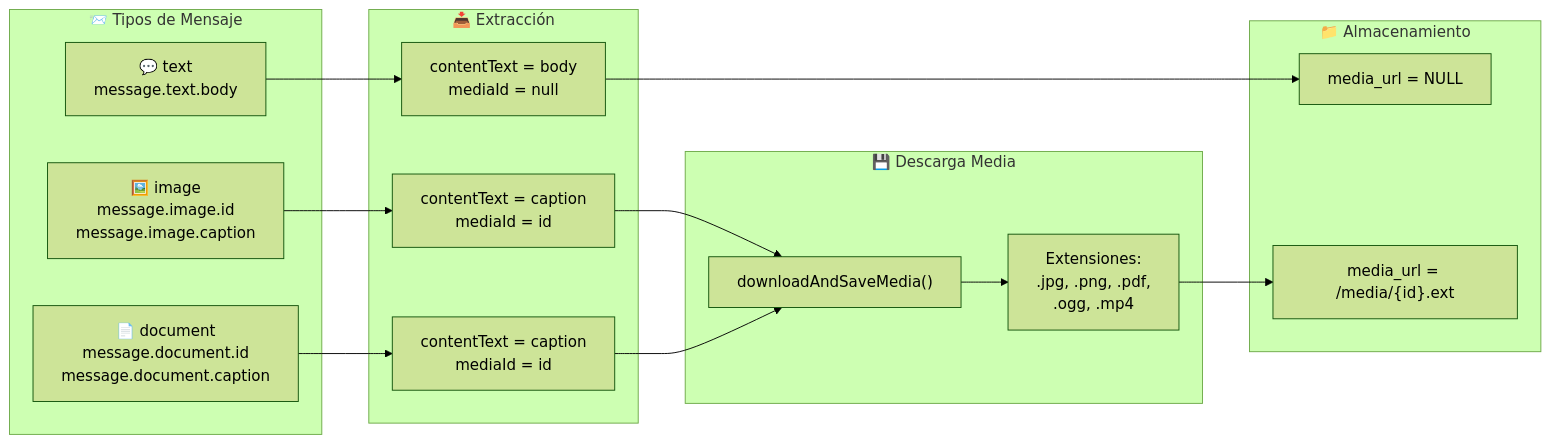
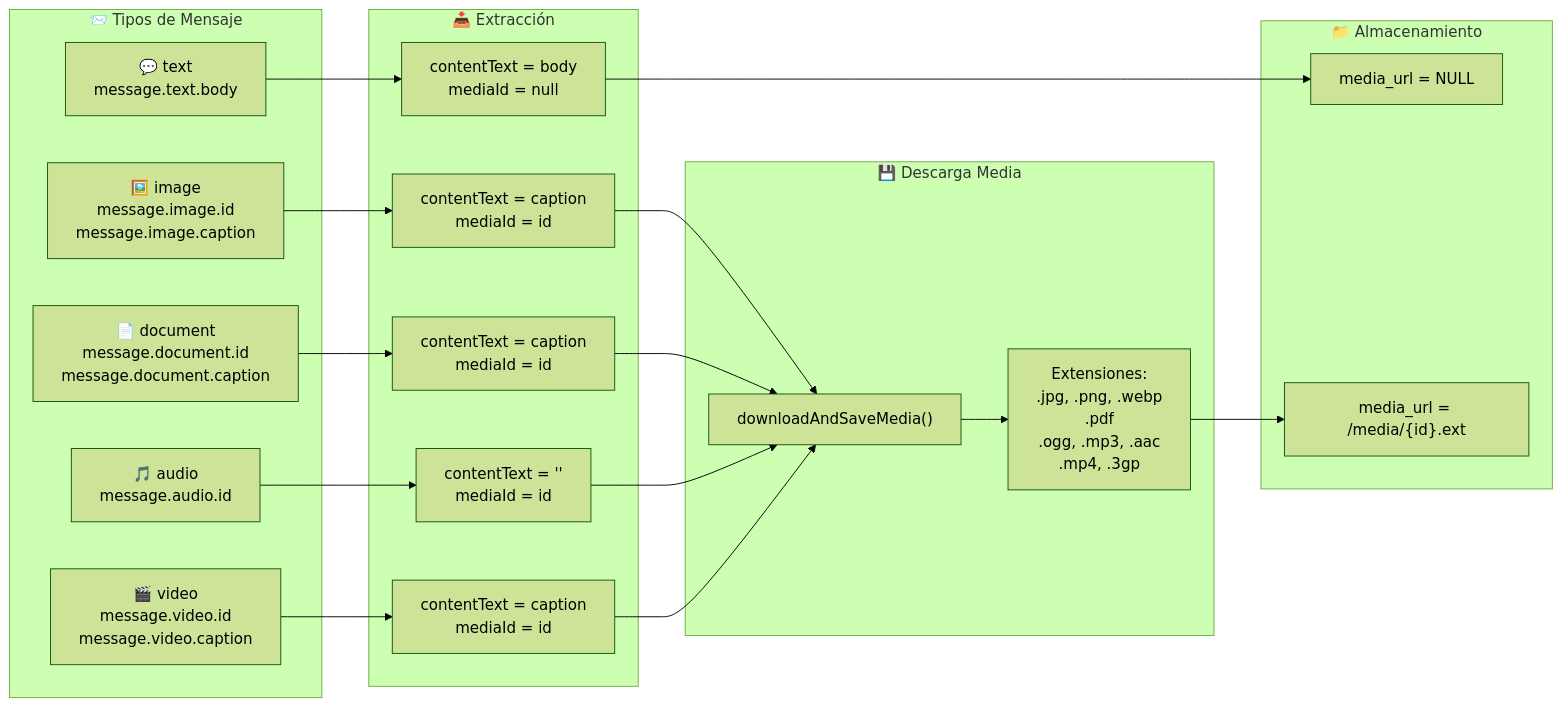
One commit to dmartorell/WhatsApp-manager-poc changed the ninth of 9 diagrams in docs/message-flow-diagram.md. Above: the diagram before and after it, drawn with Mermaid (forest theme). The commit also changed other lines of this file and 1 other file, not shown here.

Commit message:
Docs: Actualizar plan y diagramas con audio/video
- Añadir Mejora 2: Zod validation + audio/video
- Actualizar formatos soportados
- Actualizar estructura proyecto (schemas.ts, constants.ts)
- Actualizar diagramas de flujo con audio/video

````diff
--- a/docs/message-flow-diagram.md
+++ b/docs/message-flow-diagram.md
@@ -416,28 +416,34 @@
 ```mermaid
 graph LR
     subgraph TIPOS["📨 Tipos de Mensaje"]
         TEXT["💬 text<br/>message.text.body"]
         IMAGE["🖼️ image<br/>message.image.id<br/>message.image.caption"]
         DOC["📄 document<br/>message.document.id<br/>message.document.caption"]
+        AUDIO["🎵 audio<br/>message.audio.id"]
+        VIDEO["🎬 video<br/>message.video.id<br/>message.video.caption"]
     end
 
     subgraph EXTRACCION["📥 Extracción"]
         TEXT --> T_CONTENT["contentText = body<br/>mediaId = null"]
         IMAGE --> I_CONTENT["contentText = caption<br/>mediaId = id"]
         DOC --> D_CONTENT["contentText = caption<br/>mediaId = id"]
+        AUDIO --> A_CONTENT["contentText = ''<br/>mediaId = id"]
+        VIDEO --> V_CONTENT["contentText = caption<br/>mediaId = id"]
     end
 
     subgraph DESCARGA["💾 Descarga Media"]
         I_CONTENT --> DOWNLOAD
         D_CONTENT --> DOWNLOAD
+        A_CONTENT --> DOWNLOAD
+        V_CONTENT --> DOWNLOAD
 
         DOWNLOAD["downloadAndSaveMedia()"]
 
-        DOWNLOAD --> EXT["Extensiones:<br/>.jpg, .png, .pdf,<br/>.ogg, .mp4"]
+        DOWNLOAD --> EXT["Extensiones:<br/>.jpg, .png, .webp<br/>.pdf<br/>.ogg, .mp3, .aac<br/>.mp4, .3gp"]
     end
 
     subgraph ALMACEN["📁 Almacenamiento"]
         T_CONTENT --> DB_TEXT["media_url = NULL"]
         EXT --> DB_MEDIA["media_url = /media/{id}.ext"]
     end
 ```
````
